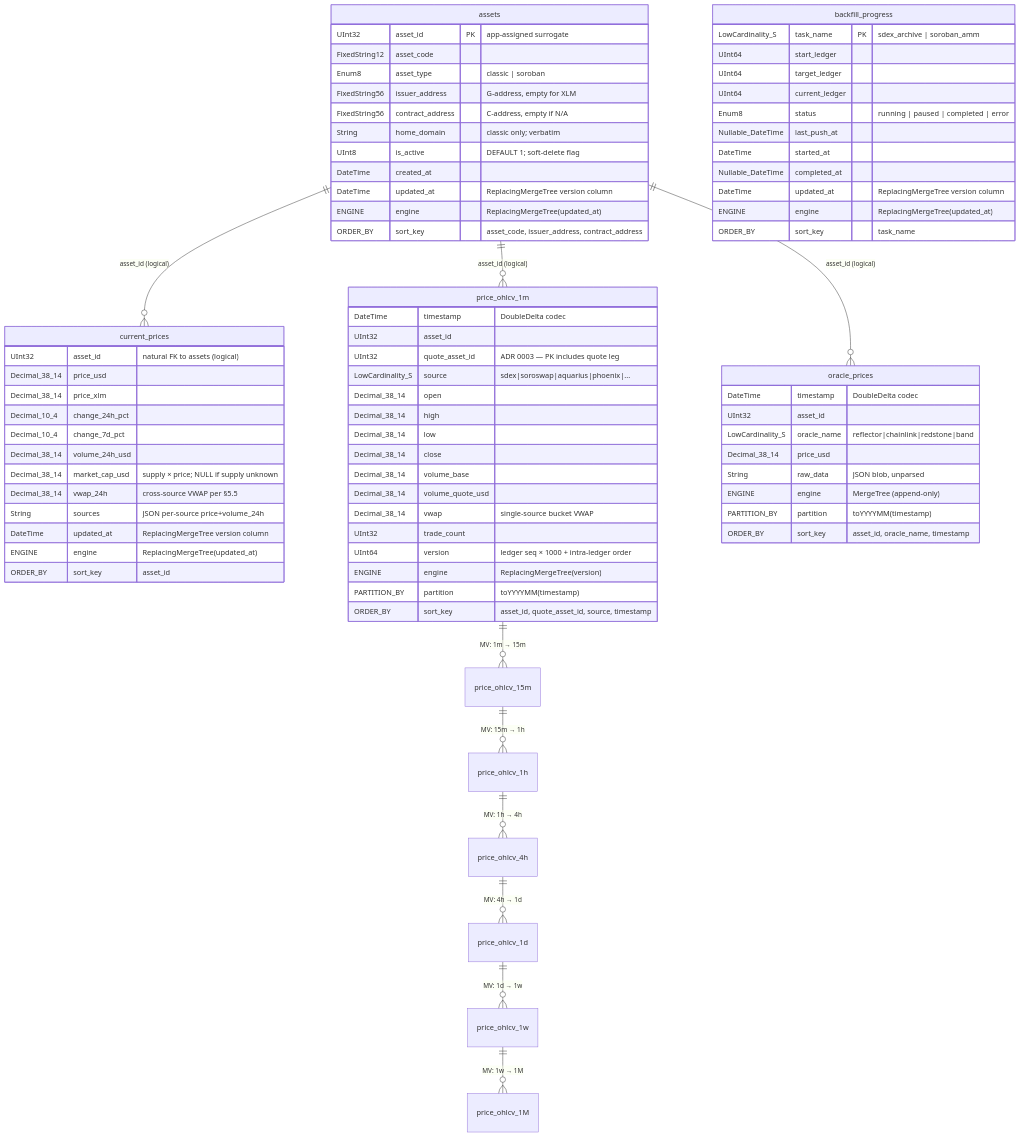
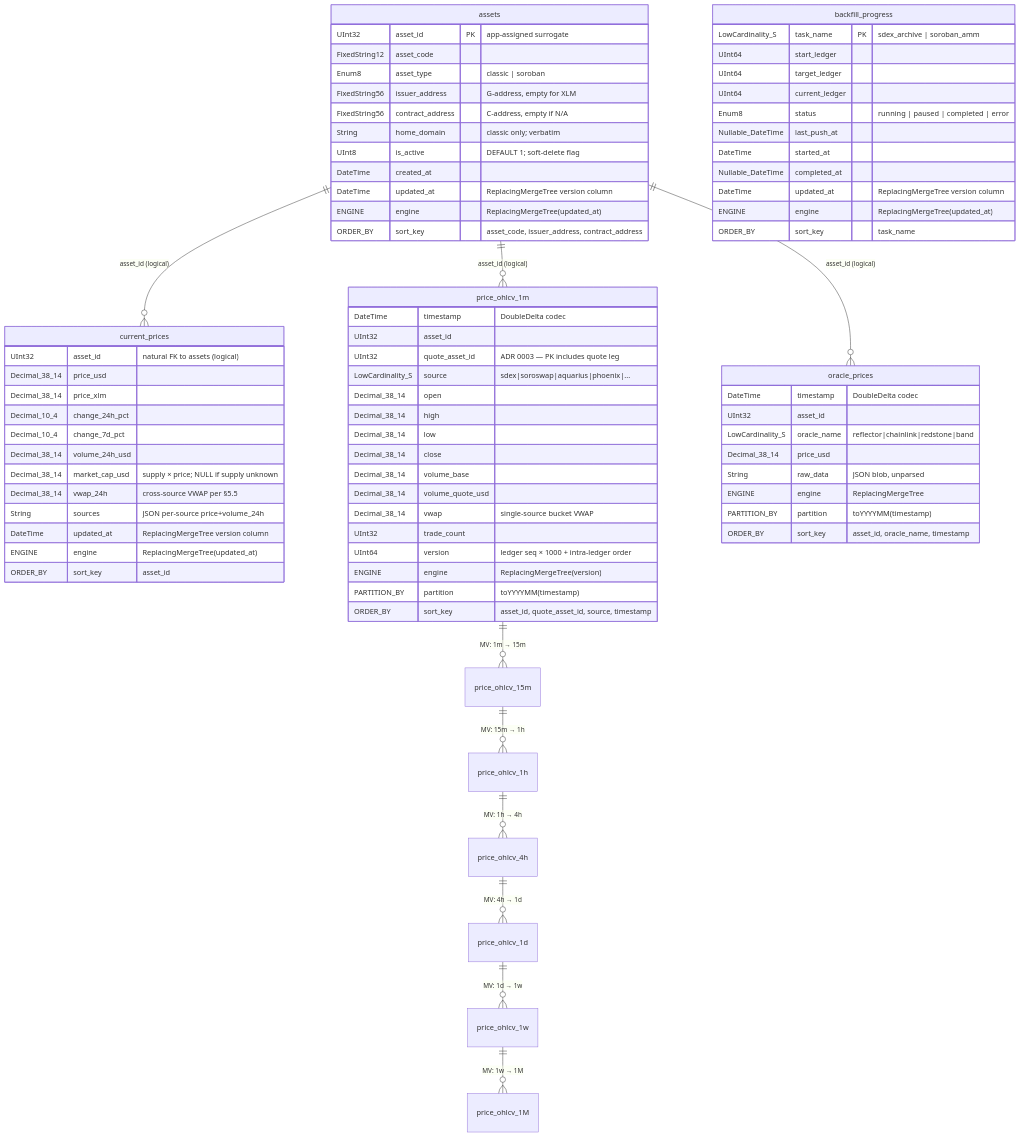
One commit to rumblefishdev/stellar-prices-api changed the third of 13 diagrams in docs/database-schema/database-schema-overview.md. Above: the diagram before and after it, drawn with Mermaid. The commit also changed other lines of this file and 7 other files, not shown here.

```diff
--- a/docs/database-schema/database-schema-overview.md
+++ b/docs/database-schema/database-schema-overview.md
@@ -254,7 +254,7 @@
         LowCardinality_S   oracle_name "reflector|chainlink|redstone|band"
         Decimal_38_14      price_usd
         String             raw_data "JSON blob, unparsed"
-        ENGINE             engine "MergeTree (append-only)"
+        ENGINE             engine "ReplacingMergeTree"
         PARTITION_BY       partition "toYYYYMM(timestamp)"
         ORDER_BY           sort_key "asset_id, oracle_name, timestamp"
     }
```
